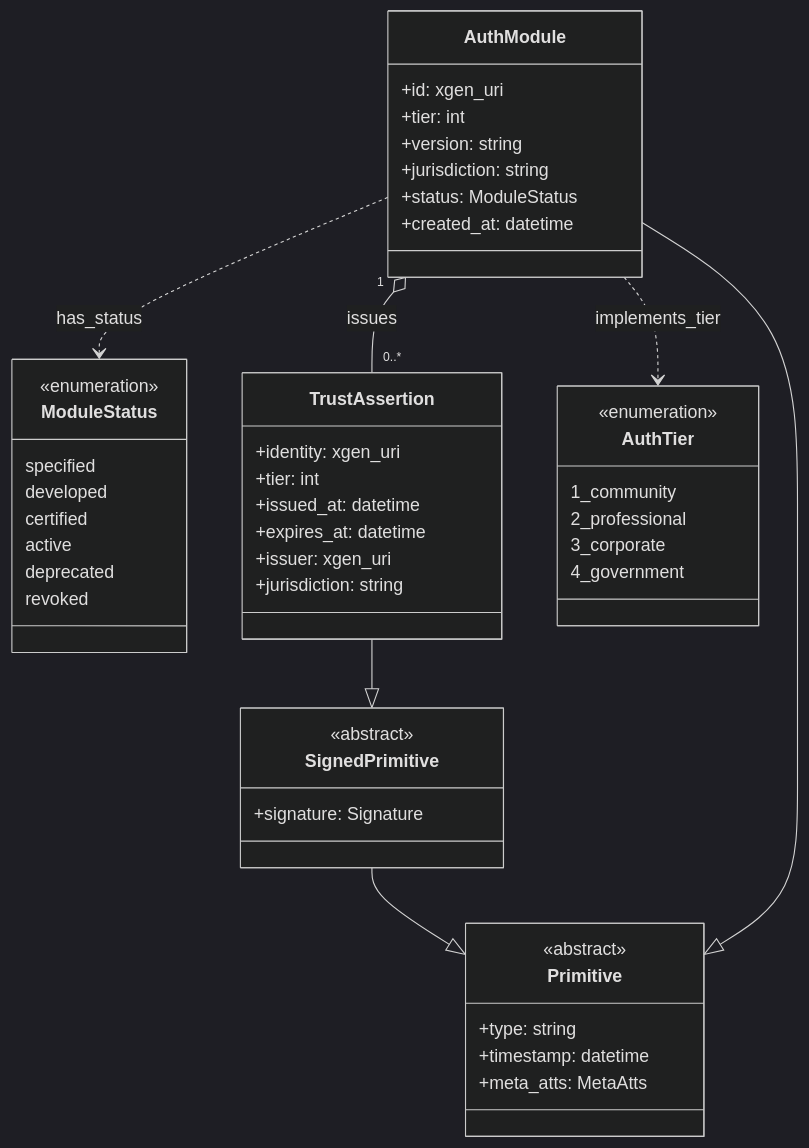
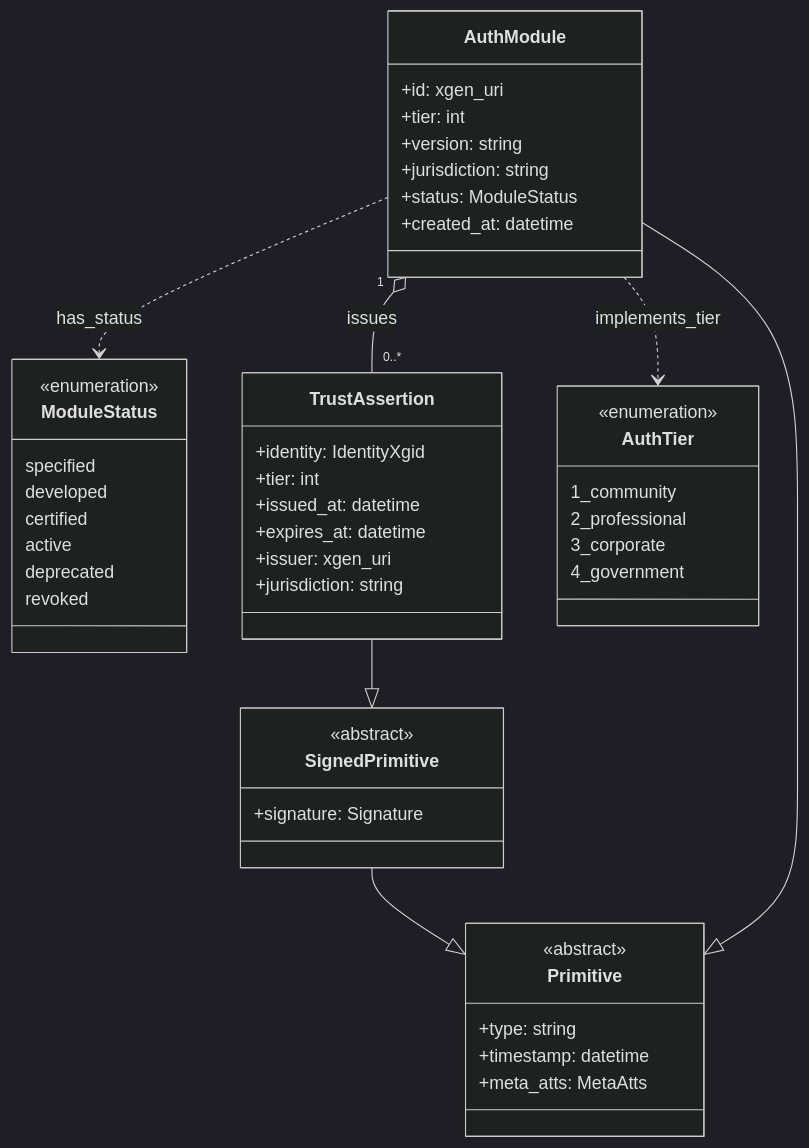
One commit to ianus777/XGenProtocol changed the tenth of 16 diagrams in docs/xgen_appendix_c_en.md. Above: the diagram before and after it, drawn with Mermaid (dark theme). The commit also changed other lines of this file and 1 other file, not shown here.

````diff
--- a/docs/xgen_appendix_c_en.md
+++ b/docs/xgen_appendix_c_en.md
@@ -802,52 +806,54 @@
 ```mermaid
 classDiagram
     class Primitive {
         <<abstract>>
         +type: string
         +timestamp: datetime
         +meta_atts: MetaAtts
     }
     class SignedPrimitive {
         <<abstract>>
         +signature: Signature
     }
     class AuthModule {
         +id: xgen_uri
         +tier: int
         +version: string
         +jurisdiction: string
         +status: ModuleStatus
         +created_at: datetime
     }
     class ModuleStatus {
         <<enumeration>>
         specified
         developed
         certified
         active
         deprecated
         revoked
     }
     class TrustAssertion {
-        +identity: xgen_uri
+        +identity: IdentityXgid
         +tier: int
         +issued_at: datetime
         +expires_at: datetime
         +issuer: xgen_uri
         +jurisdiction: string
     }
+    %% TrustAssertion.issuer stays as `xgen_uri`: an AuthModule reference, and
+    %% AuthModule has no flavoured XGID today (Phase-3 work).
     class AuthTier {
         <<enumeration>>
         1_community
         2_professional
         3_corporate
         4_government
     }
 
     SignedPrimitive --|> Primitive
     AuthModule --|> Primitive
     TrustAssertion --|> SignedPrimitive
     AuthModule ..> ModuleStatus : has_status
     AuthModule ..> AuthTier : implements_tier
     AuthModule "1" o-- "0..*" TrustAssertion : issues
 ```
````
